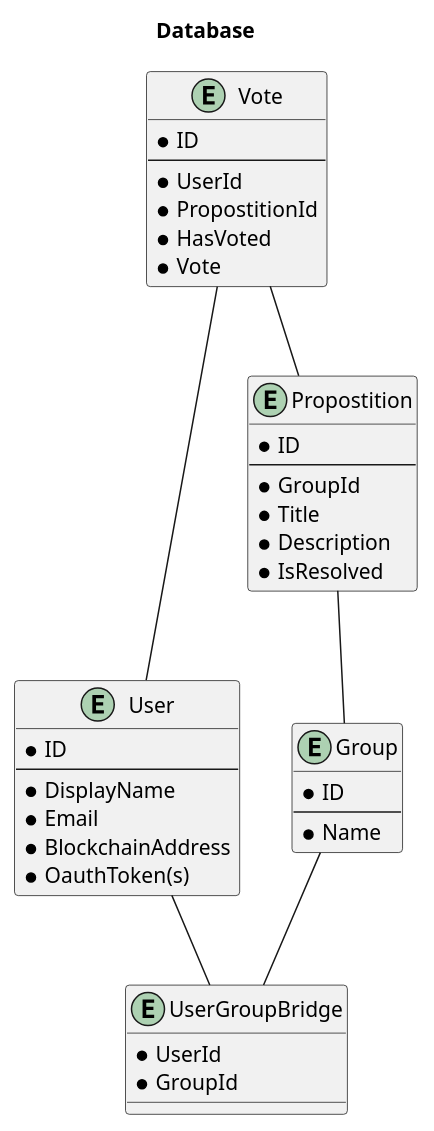
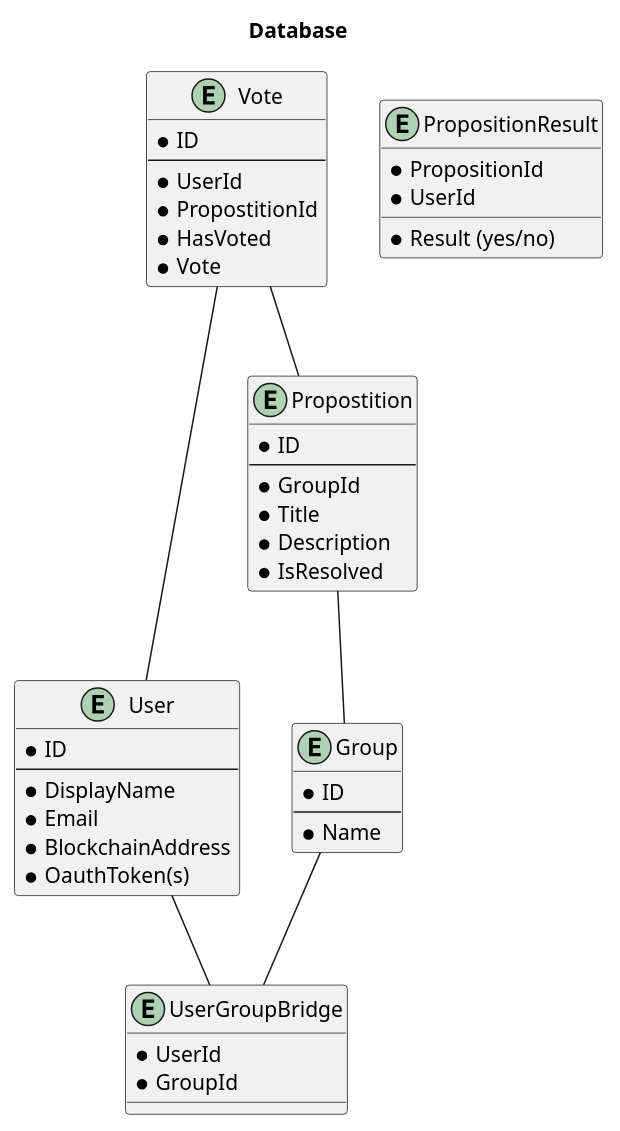
Before and after one commit to adhurjaty/prediction-app: the diagram in Diagrams/Database/db.puml, drawn with PlantUML. The commit also changed 3 other files, not shown here.

```diff
--- a/Diagrams/Database/db.puml
+++ b/Diagrams/Database/db.puml
@@ -1,49 +1,55 @@
 @startuml database
 
 title Database
 
 entity User {
     * ID
     ---
     * DisplayName
     * Email
     * BlockchainAddress
     * OauthToken(s)
 }
 
 entity Group {
     * ID
     ---
     * Name
 }
 
 entity UserGroupBridge {
     * UserId
     * GroupId
 }
 
 entity Propostition {
     * ID
     ---
     * GroupId
     * Title
     * Description
     * IsResolved
 }
 
 entity Vote {
     * ID
     ---
     * UserId
     * PropostitionId
     * HasVoted
     * Vote
 }
 
+entity PropositionResult {
+    * PropositionId
+    * UserId
+    * Result (yes/no)
+}
+
 User -- UserGroupBridge
 Group -- UserGroupBridge
 Propostition -- Group
 Vote -- User
 Vote -- Propostition
 
 @enduml
```
